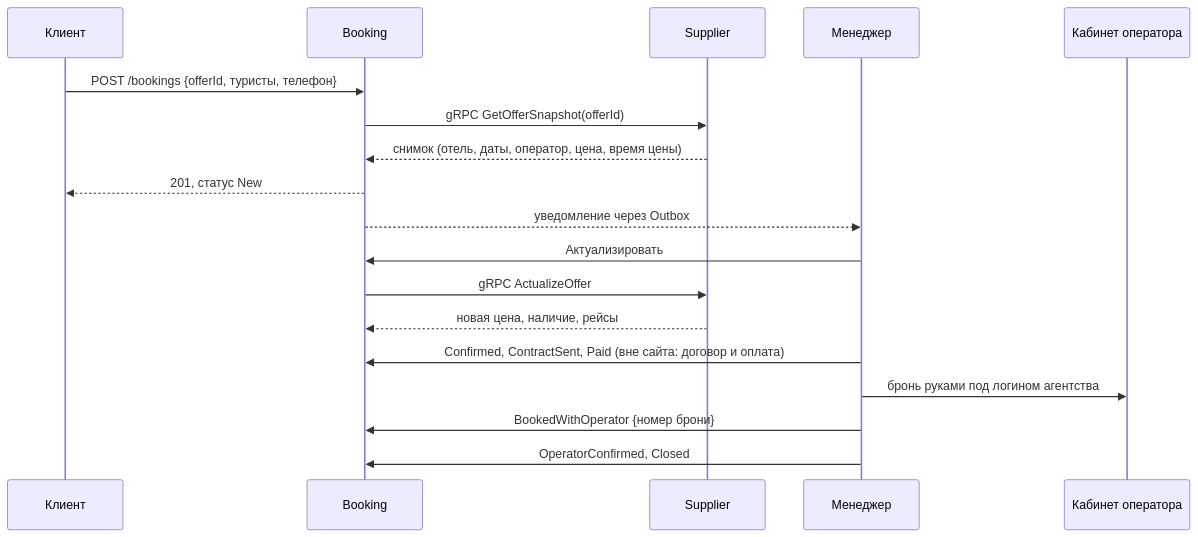
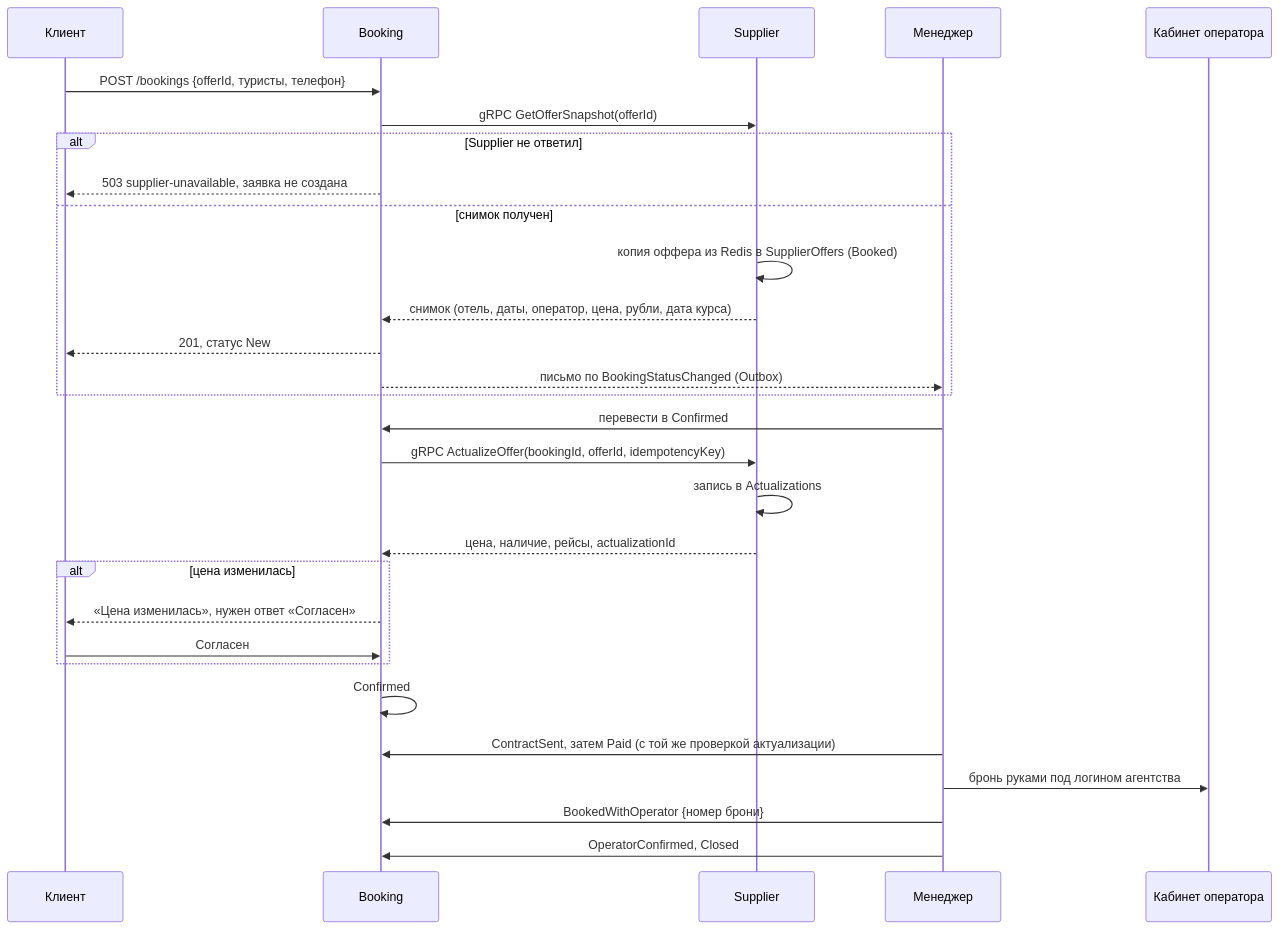
The fourth of 6 diagrams in docs/product/tz-tour-aggregation.md (PlutoGr/TravelAgency), drawn with Mermaid before and after one commit. The commit also changed other lines of this file, not shown here.

````diff
--- a/docs/product/tz-tour-aggregation.md
+++ b/docs/product/tz-tour-aggregation.md
@@ -360,21 +461,32 @@
 ```mermaid
 sequenceDiagram
     participant C as Клиент
     participant B as Booking
     participant S as Supplier
     participant M as Менеджер
     participant O as Кабинет оператора
 
     C->>B: POST /bookings {offerId, туристы, телефон}
     B->>S: gRPC GetOfferSnapshot(offerId)
-    S-->>B: снимок (отель, даты, оператор, цена, время цены)
-    B-->>C: 201, статус New
-    B-->>M: уведомление через Outbox
-    M->>B: Актуализировать
-    B->>S: gRPC ActualizeOffer
-    S-->>B: новая цена, наличие, рейсы
-    M->>B: Confirmed, ContractSent, Paid (вне сайта: договор и оплата)
+    alt Supplier не ответил
+        B-->>C: 503 supplier-unavailable, заявка не создана
+    else снимок получен
+        S->>S: копия оффера из Redis в SupplierOffers (Booked)
+        S-->>B: снимок (отель, даты, оператор, цена, рубли, дата курса)
+        B-->>C: 201, статус New
+        B-->>M: письмо по BookingStatusChanged (Outbox)
+    end
+    M->>B: перевести в Confirmed
+    B->>S: gRPC ActualizeOffer(bookingId, offerId, idempotencyKey)
+    S->>S: запись в Actualizations
+    S-->>B: цена, наличие, рейсы, actualizationId
+    alt цена изменилась
+        B-->>C: «Цена изменилась», нужен ответ «Согласен»
+        C->>B: Согласен
+    end
+    B->>B: Confirmed
+    M->>B: ContractSent, затем Paid (с той же проверкой актуализации)
     M->>O: бронь руками под логином агентства
     M->>B: BookedWithOperator {номер брони}
     M->>B: OperatorConfirmed, Closed
 ```
````
